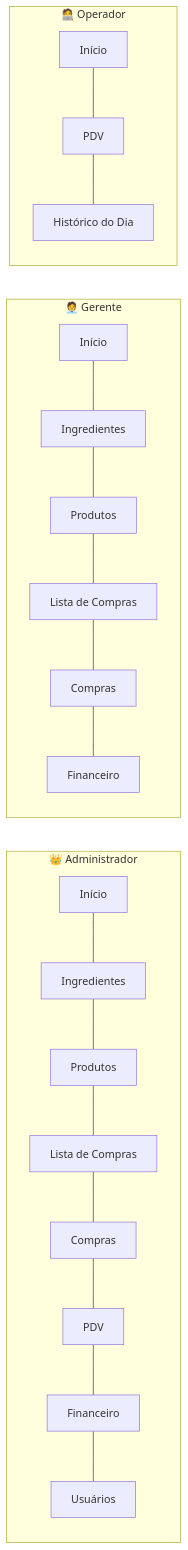
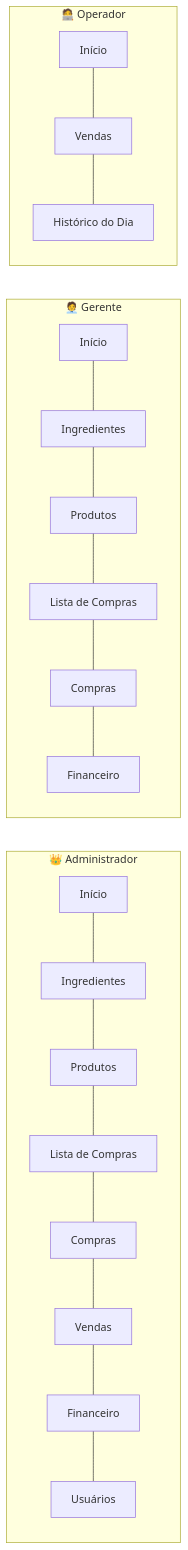
One commit to WilsonLucas/gestao_comercial changed the third of 5 diagrams in README.md. Above: the diagram before and after it, drawn with Mermaid. The commit also changed other lines of this file and 7 other files, not shown here.

First line of the commit message:
feat: renomeia PDV para Vendas em menu, paginas, JS e documentacao

````diff
--- a/README.md
+++ b/README.md
@@ -100,28 +100,28 @@
 ```mermaid
 graph LR
     subgraph ADM["👑 Administrador"]
         direction TB
         a1[Início] --- a2[Ingredientes]
         a2 --- a3[Produtos]
         a3 --- a4[Lista de Compras]
         a4 --- a5[Compras]
-        a5 --- a6[PDV]
+        a5 --- a6[Vendas]
         a6 --- a7[Financeiro]
         a7 --- a8[Usuários]
     end
 
     subgraph GER["🧑‍💼 Gerente"]
         direction TB
         g1[Início] --- g2[Ingredientes]
         g2 --- g3[Produtos]
         g3 --- g4[Lista de Compras]
         g4 --- g5[Compras]
         g5 --- g6[Financeiro]
     end
 
     subgraph OPE["🧑‍💻 Operador"]
         direction TB
-        o1[Início] --- o2[PDV]
+        o1[Início] --- o2[Vendas]
         o2 --- o3[Histórico do Dia]
     end
 ```
````
